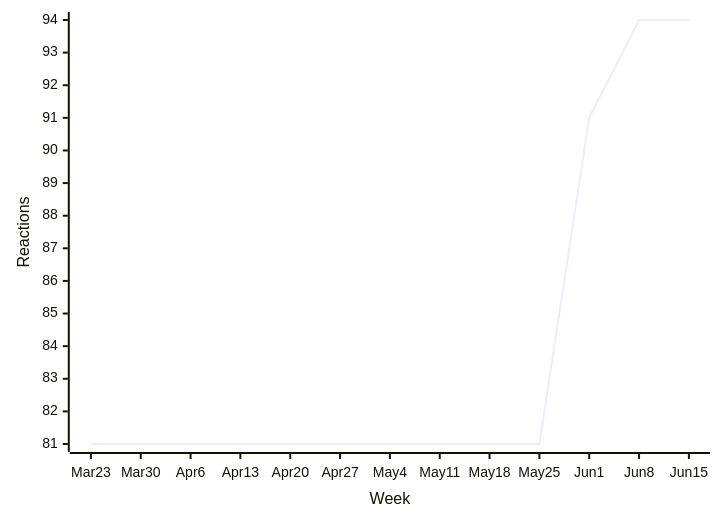
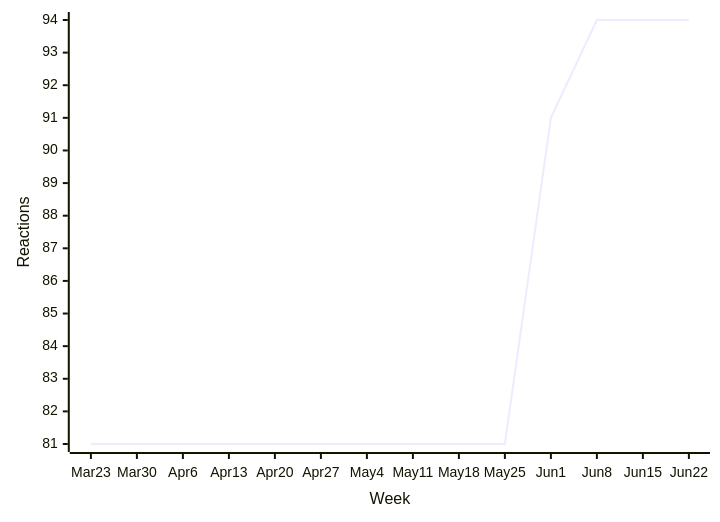
Diagram 11 of 50 in README.md (loic-sharma/github-insights), drawn with Mermaid before and after one commit. The commit also changed other lines of this file and 3 other files, not shown here.

````diff
--- a/README.md
+++ b/README.md
@@ -509,6 +509,6 @@
   ```mermaid
   xychart-beta
-    x-axis "Week" [Mar 23, Mar 30, Apr 6, Apr 13, Apr 20, Apr 27, May 4, May 11, May 18, May 25, Jun 1, Jun 8, Jun 15]
+    x-axis "Week" [Mar 23, Mar 30, Apr 6, Apr 13, Apr 20, Apr 27, May 4, May 11, May 18, May 25, Jun 1, Jun 8, Jun 15, Jun 22]
     y-axis "Reactions"
-    line [81, 81, 81, 81, 81, 81, 81, 81, 81, 81, 91, 94, 94]
+    line [81, 81, 81, 81, 81, 81, 81, 81, 81, 81, 91, 94, 94, 94]
   ```
````
